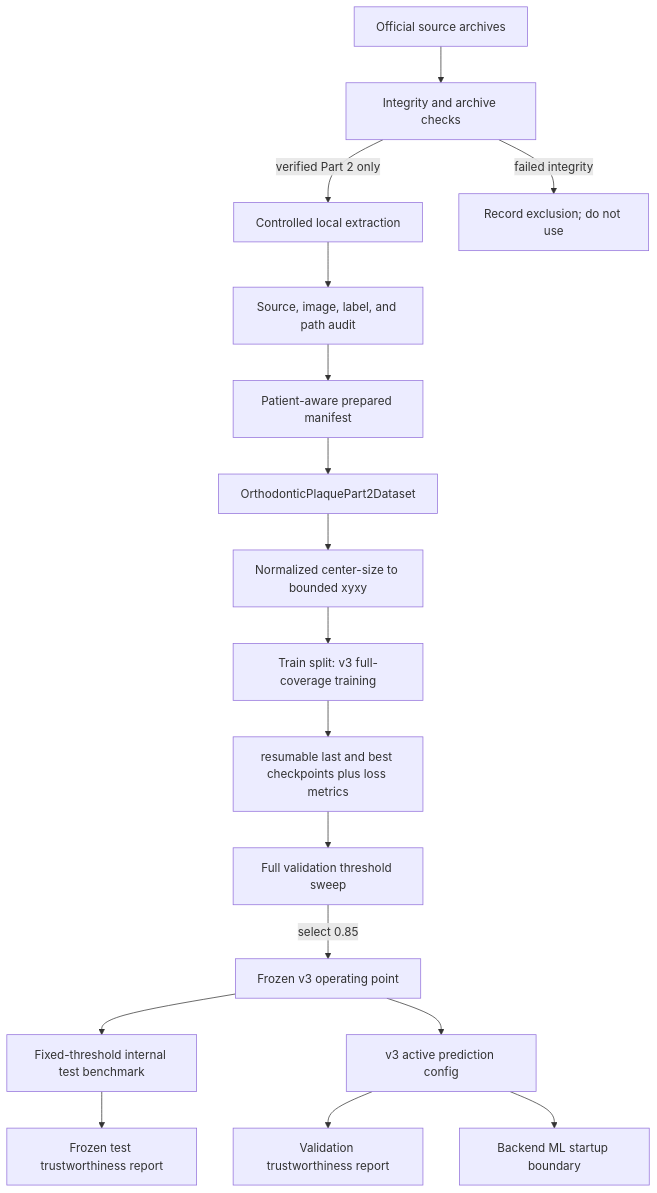
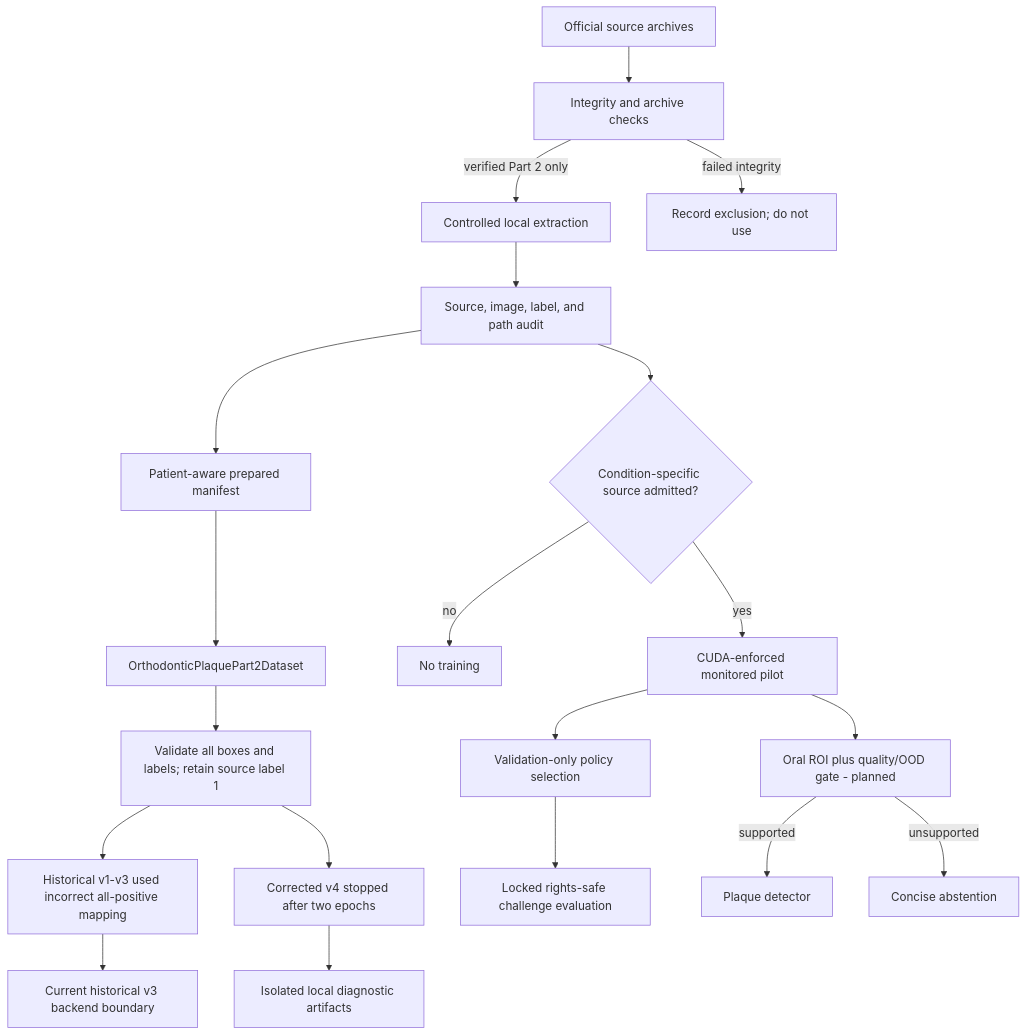
Before and after one commit to Safkatul-Islam/OralLens: the third of 3 diagrams in docs/PIPELINE.md, drawn with Mermaid. The commit also changed other lines of this file, not shown here.

Commit message:
document the stopped v4 diagnostic in the pipeline

````diff
--- a/docs/PIPELINE.md
+++ b/docs/PIPELINE.md
@@ -208,19 +210,22 @@
 ```mermaid
 flowchart TD
     SOURCE[Official source archives] --> VERIFY[Integrity and archive checks]
     VERIFY -->|verified Part 2 only| EXTRACT[Controlled local extraction]
     VERIFY -->|failed integrity| EXCLUDE[Record exclusion; do not use]
     EXTRACT --> AUDIT[Source, image, label, and path audit]
     AUDIT --> MANIFEST[Patient-aware prepared manifest]
     MANIFEST --> DATASET[OrthodonticPlaquePart2Dataset]
-    DATASET --> TARGET[Normalized center-size to bounded xyxy]
-    TARGET --> TRAIN[Train split: v3 full-coverage training]
-    TRAIN --> CKPT[resumable last and best checkpoints plus loss metrics]
-    CKPT --> VAL[Full validation threshold sweep]
-    VAL -->|select 0.85| FREEZE[Frozen v3 operating point]
-    FREEZE --> TEST[Fixed-threshold internal test benchmark]
-    FREEZE --> PREDICT[v3 active prediction config]
-    PREDICT --> TRUSTVAL[Validation trustworthiness report]
-    TEST --> TRUSTTEST[Frozen test trustworthiness report]
-    PREDICT --> BACKEND[Backend ML startup boundary]
+    DATASET --> TARGET[Validate all boxes and labels; retain source label 1]
+    TARGET --> HIST[Historical v1-v3 used incorrect all-positive mapping]
+    TARGET --> V4STOP[Corrected v4 stopped after two epochs]
+    V4STOP --> EVIDENCE[Isolated local diagnostic artifacts]
+    AUDIT --> ADMIT{Condition-specific source admitted?}
+    ADMIT -->|no| BLOCK[No training]
+    ADMIT -->|yes| PILOT[CUDA-enforced monitored pilot]
+    PILOT --> VAL[Validation-only policy selection]
+    VAL --> LOCK[Locked rights-safe challenge evaluation]
+    PILOT --> GATE[Oral ROI plus quality/OOD gate - planned]
+    GATE -->|supported| DETECT[Plaque detector]
+    GATE -->|unsupported| ABSTAIN[Concise abstention]
+    HIST --> BACKEND[Current historical v3 backend boundary]
 ```
````
